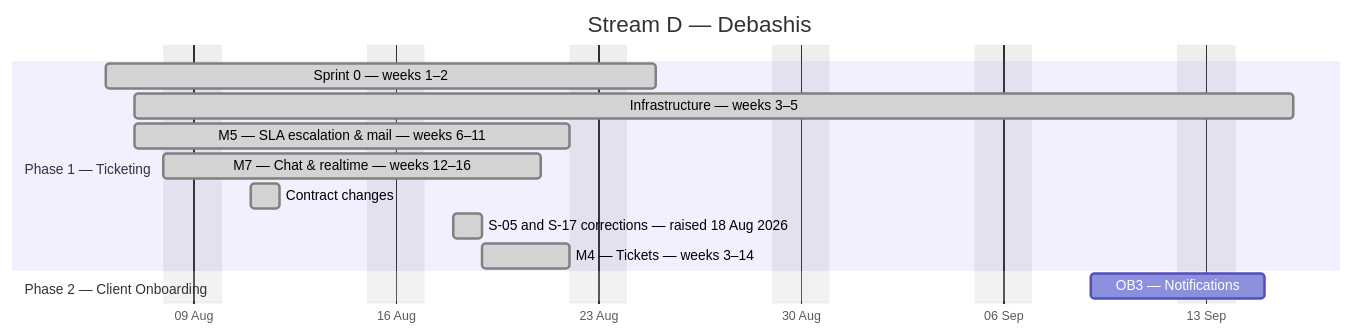
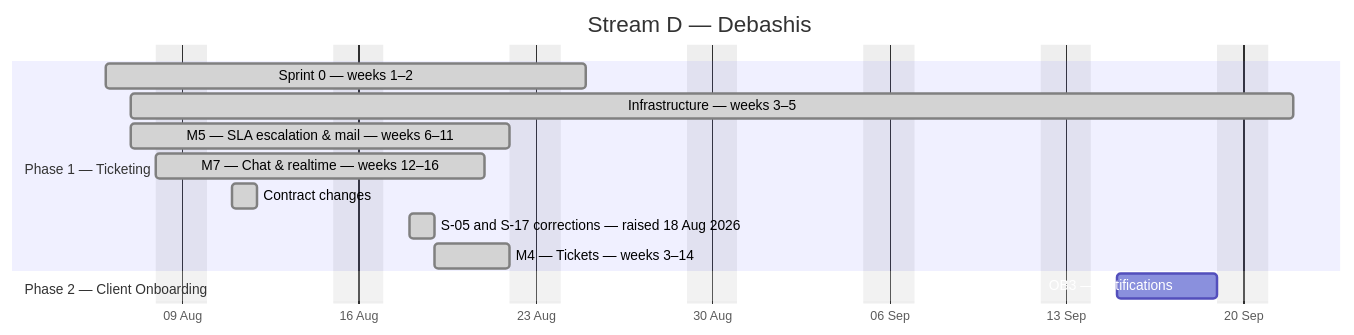
Before and after one commit to debashisedunext/EduTrack: the fourth of 4 diagrams in docs/plan/GANTT.md, drawn with Mermaid. The commit also changed other lines of this file and 2 other files, not shown here.

````diff
--- a/docs/plan/GANTT.md
+++ b/docs/plan/GANTT.md
@@ -173,17 +173,17 @@
 ```mermaid
 gantt
     dateFormat YYYY-MM-DD
     axisFormat %d %b
     title Stream D — Debashis
     excludes weekends
     section Phase 1 — Ticketing
     Sprint 0 — weeks 1–2 :done, d0, 2026-08-06, 13d
-    Infrastructure — weeks 3–5 :done, d1, 2026-08-07, 28d
+    Infrastructure — weeks 3–5 :done, d1, 2026-08-07, 32d
     M5 — SLA  escalation & mail — weeks 6–11 :done, d2, 2026-08-07, 11d
     M7 — Chat & realtime — weeks 12–16 :done, d3, 2026-08-08, 10d
     Contract changes :done, d4, 2026-08-11, 1d
     S-05 and S-17 corrections — raised 18 Aug 2026 :done, d5, 2026-08-18, 1d
     M4 — Tickets — weeks 3–14 :done, d6, 2026-08-19, 3d
     section Phase 2 — Client Onboarding
-    OB3 — Notifications :d7, 2026-09-09, 4d
+    OB3 — Notifications :d7, 2026-09-15, 4d
 ```
````
